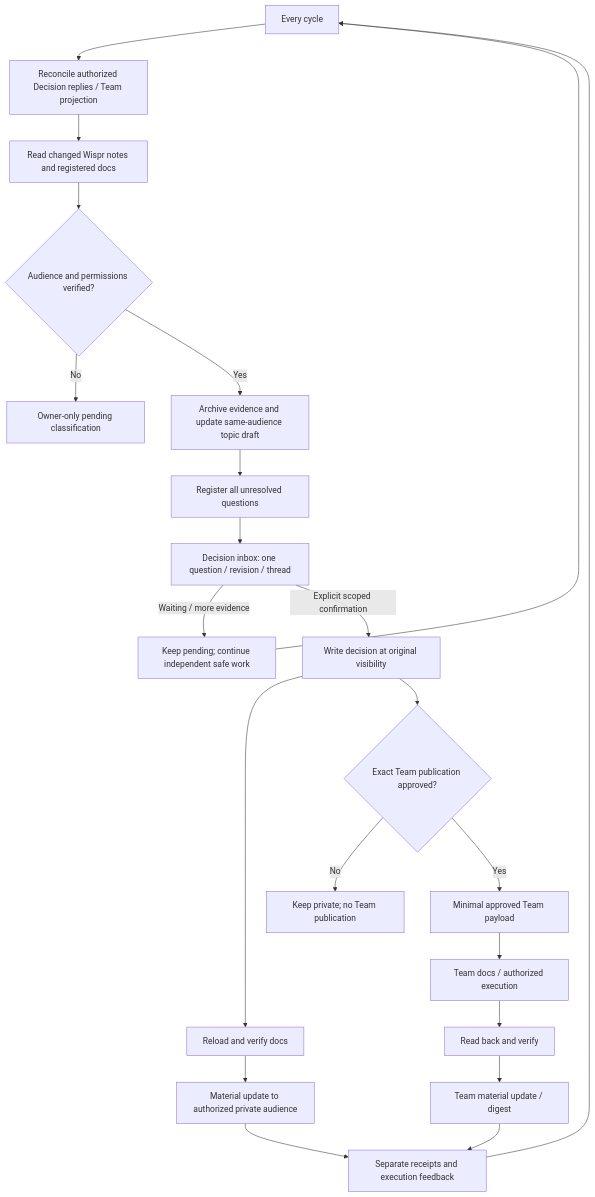
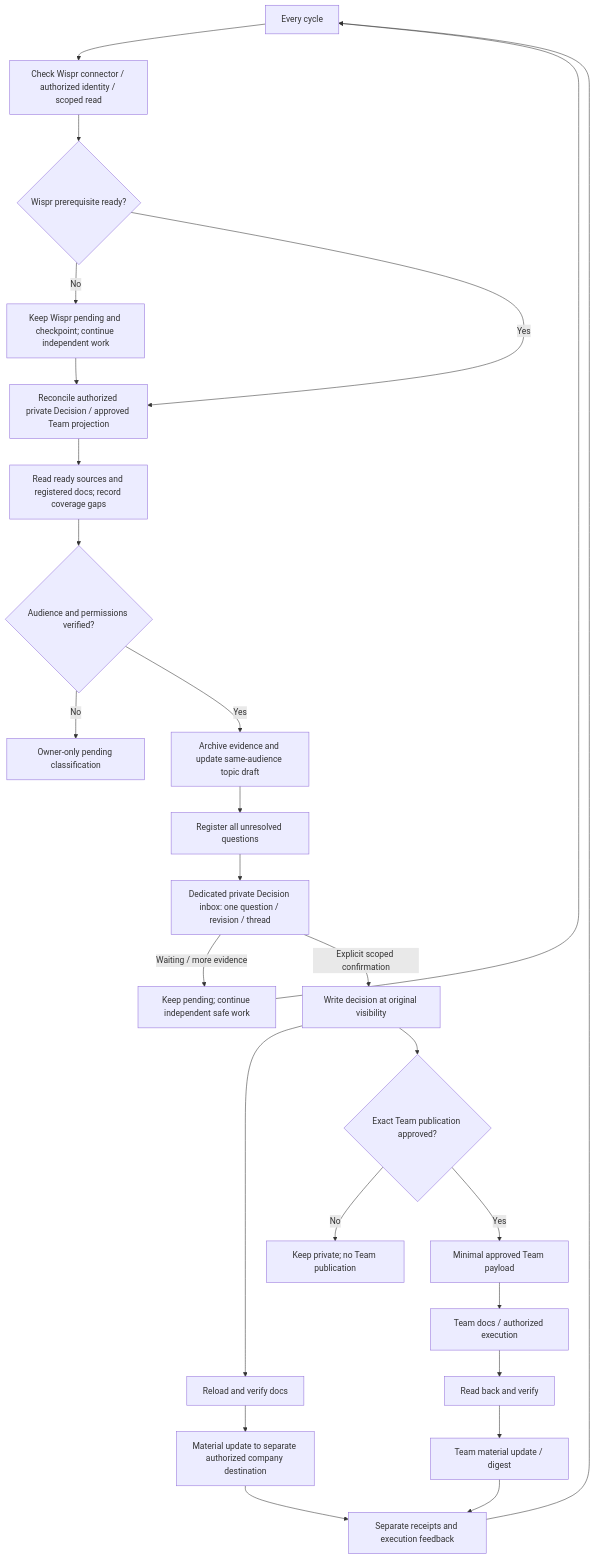
Before and after one commit to intgral-ai/intgral-guide-skill: the diagram in skills/intgral-knowledge-workflow/references/workflow.mmd, drawn with Mermaid. The commit also changed 7 other files, not shown here.

Commit message:
Require Wispr preflight and separate private Decision routing

```diff
--- a/skills/intgral-knowledge-workflow/references/workflow.mmd
+++ b/skills/intgral-knowledge-workflow/references/workflow.mmd
@@ -1,22 +1,26 @@
 flowchart TD
-    Tick[Every cycle] --> Check[Reconcile authorized Decision replies / Team projection]
-    Check --> Inputs[Read changed Wispr notes and registered docs]
+    Tick[Every cycle] --> Preflight[Check Wispr connector / authorized identity / scoped read]
+    Preflight --> Gate{Wispr prerequisite ready?}
+    Gate -->|No| SourcePending[Keep Wispr pending and checkpoint; continue independent work]
+    Gate -->|Yes| Check[Reconcile authorized private Decision / approved Team projection]
+    SourcePending --> Check
+    Check --> Inputs[Read ready sources and registered docs; record coverage gaps]
     Inputs --> Scope{Audience and permissions verified?}
     Scope -->|No| Private[Owner-only pending classification]
     Scope -->|Yes| Draft[Archive evidence and update same-audience topic draft]
     Draft --> Questions[Register all unresolved questions]
-    Questions --> Decision[Decision inbox: one question / revision / thread]
+    Questions --> Decision[Dedicated private Decision inbox: one question / revision / thread]
     Decision -->|Waiting / more evidence| Pending[Keep pending; continue independent safe work]
     Pending --> Tick
     Decision -->|Explicit scoped confirmation| Record[Write decision at original visibility]
     Record --> Verify[Reload and verify docs]
-    Verify --> Notice[Material update to authorized private audience]
+    Verify --> Notice[Material update to separate authorized company destination]
     Record --> Release{Exact Team publication approved?}
     Release -->|No| Hold[Keep private; no Team publication]
     Release -->|Yes| Projection[Minimal approved Team payload]
     Projection --> Team[Team docs / authorized execution]
     Team --> TeamVerify[Read back and verify]
     TeamVerify --> TeamNotice[Team material update / digest]
     Notice --> Receipts[Separate receipts and execution feedback]
     TeamNotice --> Receipts
     Receipts --> Tick
```
